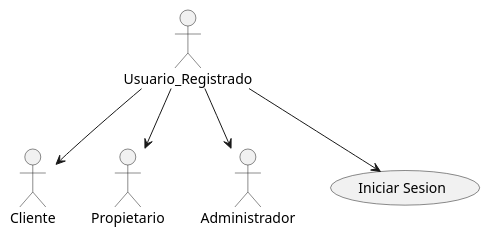
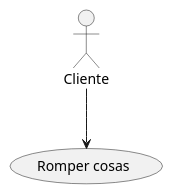
Before and after one commit to mem0rias/KiaraDev: the diagram in UML Kiara/Cliente.wsd, drawn with PlantUML. The commit also changed 1 other file, not shown here.

```diff
--- a/UML Kiara/Cliente.wsd
+++ b/UML Kiara/Cliente.wsd
@@ -1,12 +1,7 @@
-@startuml KIARA
-:Usuario_Registrado:
+@startuml KIARA_Cliente
+
 :Cliente:
-:Propietario:
-:Administrador:
-(Iniciar Sesion) as (init)
-Usuario_Registrado --> init
-Usuario_Registrado --> Cliente
-Usuario_Registrado --> Propietario
-Usuario_Registrado --> Administrador
+(Romper cosas) as (init)
+Cliente --> init
 
 @enduml
```
